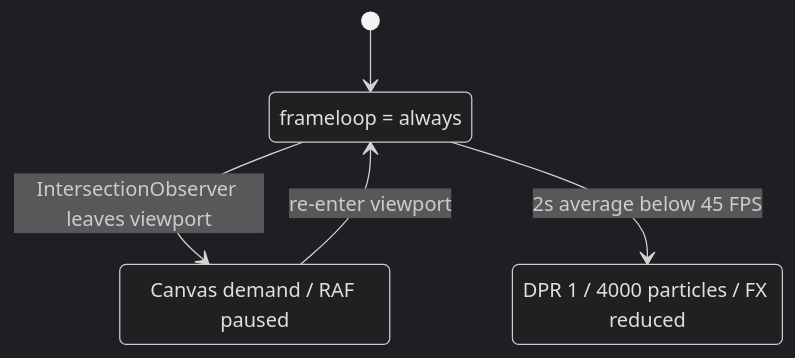
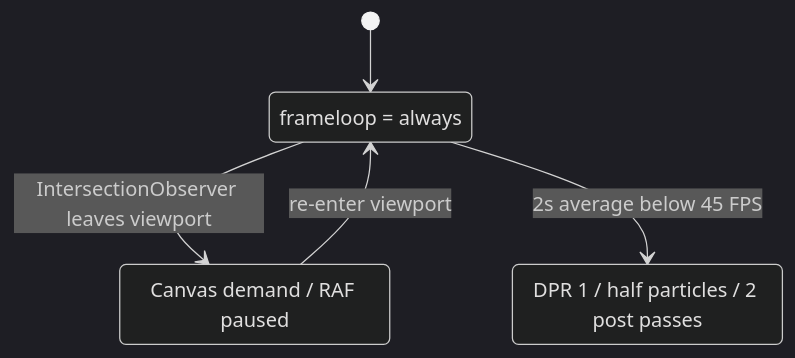
The second of 2 diagrams in README.md (Atlantier/interactive-digital-showroom), drawn with Mermaid (dark theme) before and after one commit. The commit also changed other lines of this file and 34 other files, not shown here.

````diff
--- a/README.md
+++ b/README.md
@@ -76,10 +76,10 @@
 ```mermaid
 stateDiagram-v2
     [*] --> Visible
     Visible: frameloop = always
     Visible --> Offscreen: IntersectionObserver leaves viewport
     Offscreen: Canvas demand / RAF paused
     Offscreen --> Visible: re-enter viewport
     Visible --> Medium: 2s average below 45 FPS
-    Medium: DPR 1 / 4000 particles / FX reduced
+    Medium: DPR 1 / half particles / 2 post passes
 ```
````
